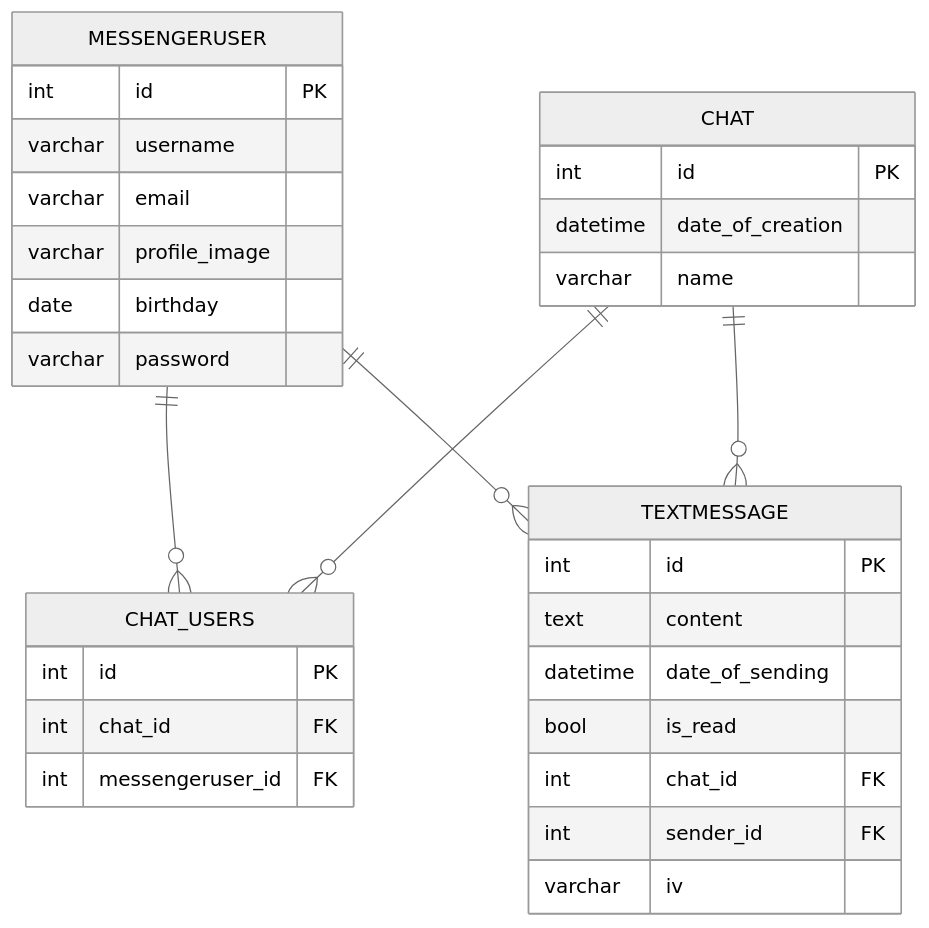
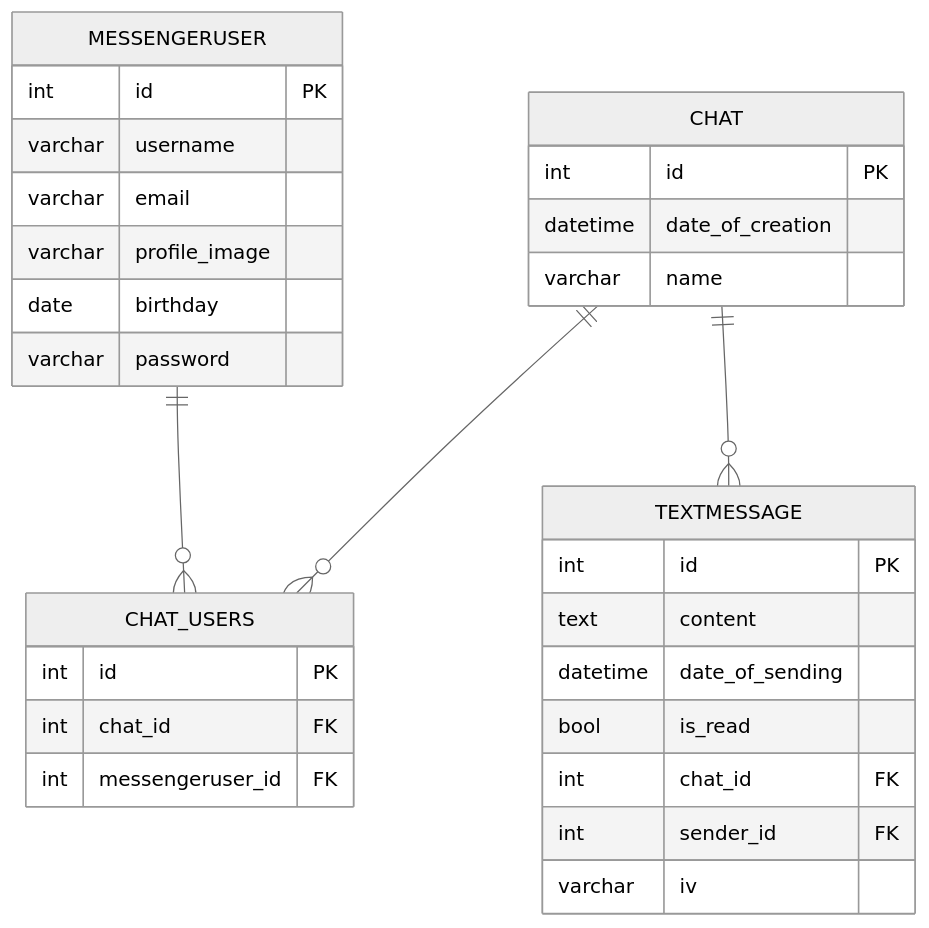
Before and after one commit to HunterXIII/CommexProject: the first of 2 diagrams in README.md, drawn with Mermaid (neutral theme).

Commit message:
исправлени README.md

````diff
--- a/README.md
+++ b/README.md
@@ -63,38 +63,38 @@
 ```mermaid
 erDiagram
     MESSENGERUSER {
         int id PK
         varchar username
         varchar email
         varchar profile_image
         date birthday
         varchar password
     }
 
     CHAT {
         int id PK
         datetime date_of_creation
         varchar name
     }
 
     CHAT_USERS {
         int id PK
         int chat_id FK
         int messengeruser_id FK
     }
 
     TEXTMESSAGE {
         int id PK
         text content
         datetime date_of_sending
         bool is_read
         int chat_id FK
         int sender_id FK
         varchar iv
     }
 
     MESSENGERUSER ||--o{ CHAT_USERS : ""
     CHAT ||--o{ CHAT_USERS : ""
     CHAT ||--o{ TEXTMESSAGE : ""
-    MESSENGERUSER ||--o{ TEXTMESSAGE : ""
+
 ```
````
